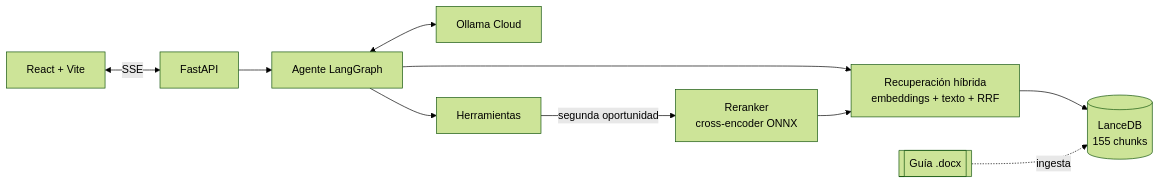
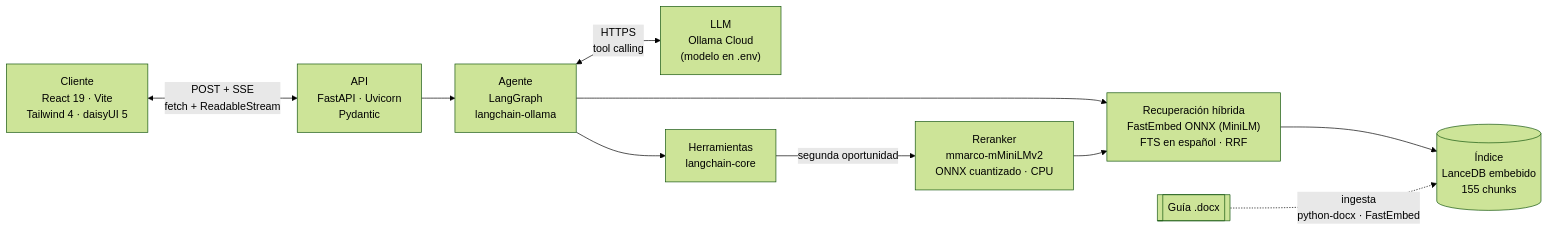
One commit to NebyX1/invest-lavalleja-rag-chat changed the diagram in README.md. Above: the diagram before and after it, drawn with Mermaid (forest theme). The commit also changed 1 other file, not shown here.

Commit message:
Muestra las tecnologías de cada etapa en los diagramas de flujo; corrige el diagrama de recuperación híbrida

````diff
--- a/README.md
+++ b/README.md
@@ -15,12 +15,12 @@
 ```mermaid
 flowchart LR
-    U[React + Vite] <-->|SSE| API[FastAPI]
-    API --> AG[Agente LangGraph]
-    AG <--> LLM[Ollama Cloud]
-    AG --> RT[Recuperación híbrida<br/>embeddings + texto + RRF]
-    AG --> TL[Herramientas]
-    TL -->|segunda oportunidad| RR[Reranker<br/>cross-encoder ONNX]
+    U["Cliente<br/>React 19 · Vite<br/>Tailwind 4 · daisyUI 5"] <-->|"POST + SSE<br/>fetch + ReadableStream"| API["API<br/>FastAPI · Uvicorn<br/>Pydantic"]
+    API --> AG["Agente<br/>LangGraph<br/>langchain-ollama"]
+    AG <-->|"HTTPS<br/>tool calling"| LLM["LLM<br/>Ollama Cloud<br/>(modelo en .env)"]
+    AG --> RT["Recuperación híbrida<br/>FastEmbed ONNX (MiniLM)<br/>FTS en español · RRF"]
+    AG --> TL["Herramientas<br/>langchain-core"]
+    TL -->|segunda oportunidad| RR["Reranker<br/>mmarco-mMiniLMv2<br/>ONNX cuantizado · CPU"]
     RR --> RT
-    RT --> IDX[(LanceDB<br/>155 chunks)]
-    DOC[[Guía .docx]] -. ingesta .-> IDX
+    RT --> IDX[("Índice<br/>LanceDB embebido<br/>155 chunks")]
+    DOC[["Guía .docx"]] -. "ingesta<br/>python-docx · FastEmbed" .-> IDX
 ```
````
